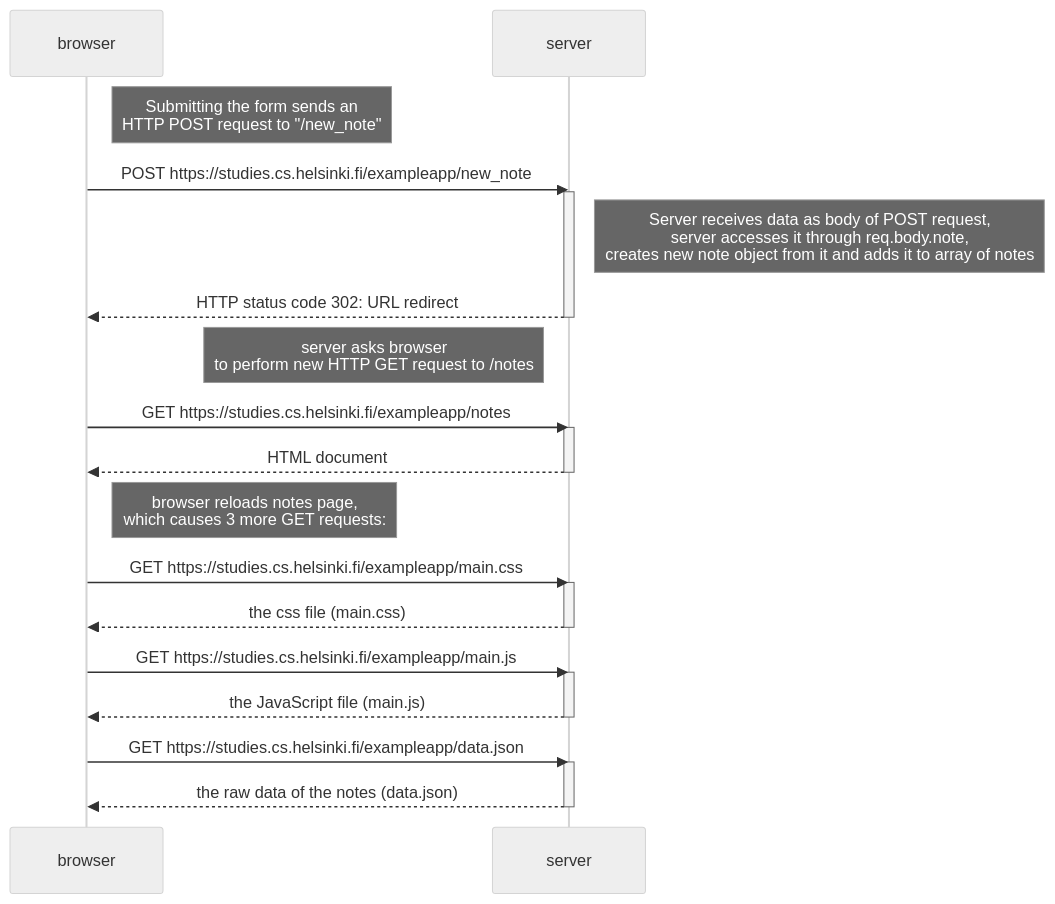
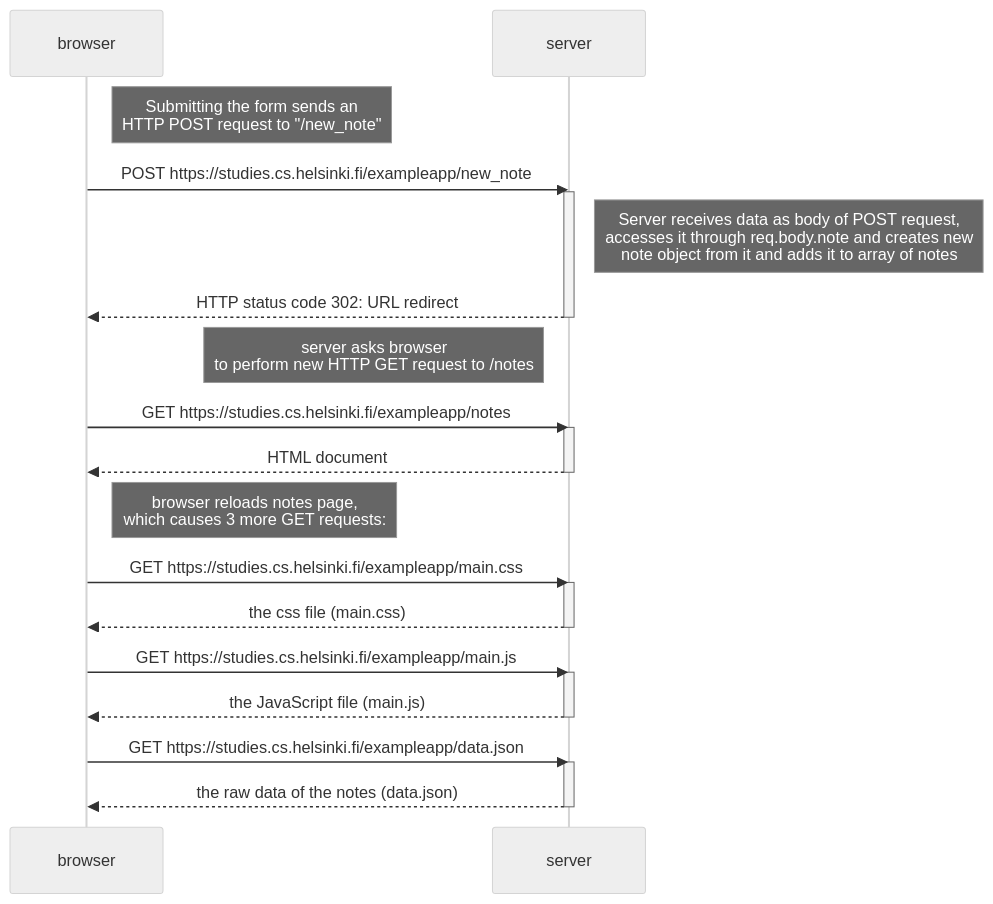
The diagram in part0/exercise0-4.md (valli259/Fullstack-exercises), drawn with Mermaid (neutral theme) before and after one commit.

````diff
--- a/part0/exercise0-4.md
+++ b/part0/exercise0-4.md
@@ -1,34 +1,34 @@
 ```mermaid
   sequenceDiagram
     participant browser
     participant server
 Note right of browser: Submitting the form sends an <br>HTTP POST request to "/new_note"
     browser->>server: POST https://studies.cs.helsinki.fi/exampleapp/new_note
     activate server
-Note right of server: Server receives data as body of POST request,<br> server accesses it through req.body.note, <br>creates new note object from it and adds it to array of notes
+Note right of server: Server receives data as body of POST request,<br> accesses it through req.body.note and creates new <br>note object from it and adds it to array of notes
     server-->>browser: HTTP status code 302: URL redirect
     deactivate server
     Note left of server: server asks browser <br> to perform new HTTP GET request to /notes
 
 
     browser->>server: GET https://studies.cs.helsinki.fi/exampleapp/notes
     activate server
     server-->>browser: HTML document
     deactivate server
 Note right of browser: browser reloads notes page,<br> which causes 3 more GET requests:
 
     browser->>server: GET https://studies.cs.helsinki.fi/exampleapp/main.css
     activate server
     server-->>browser: the css file (main.css)
     deactivate server
 
     browser->>server: GET https://studies.cs.helsinki.fi/exampleapp/main.js
     activate server
     server-->>browser: the JavaScript file (main.js)
     deactivate server
 
     browser->>server: GET https://studies.cs.helsinki.fi/exampleapp/data.json
 activate server
 server-->>browser: the raw data of the notes (data.json)
 deactivate server
 ```
````
